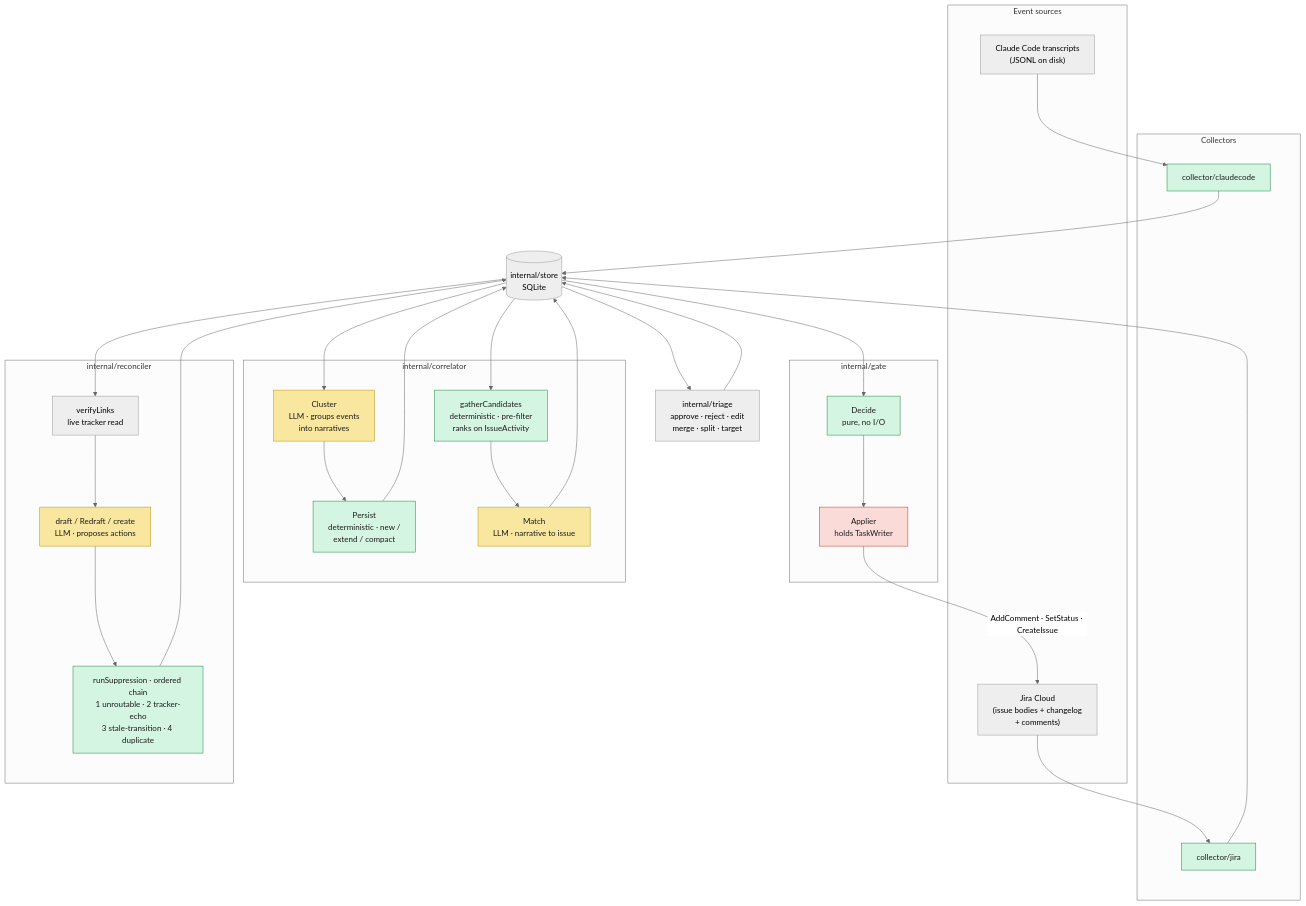
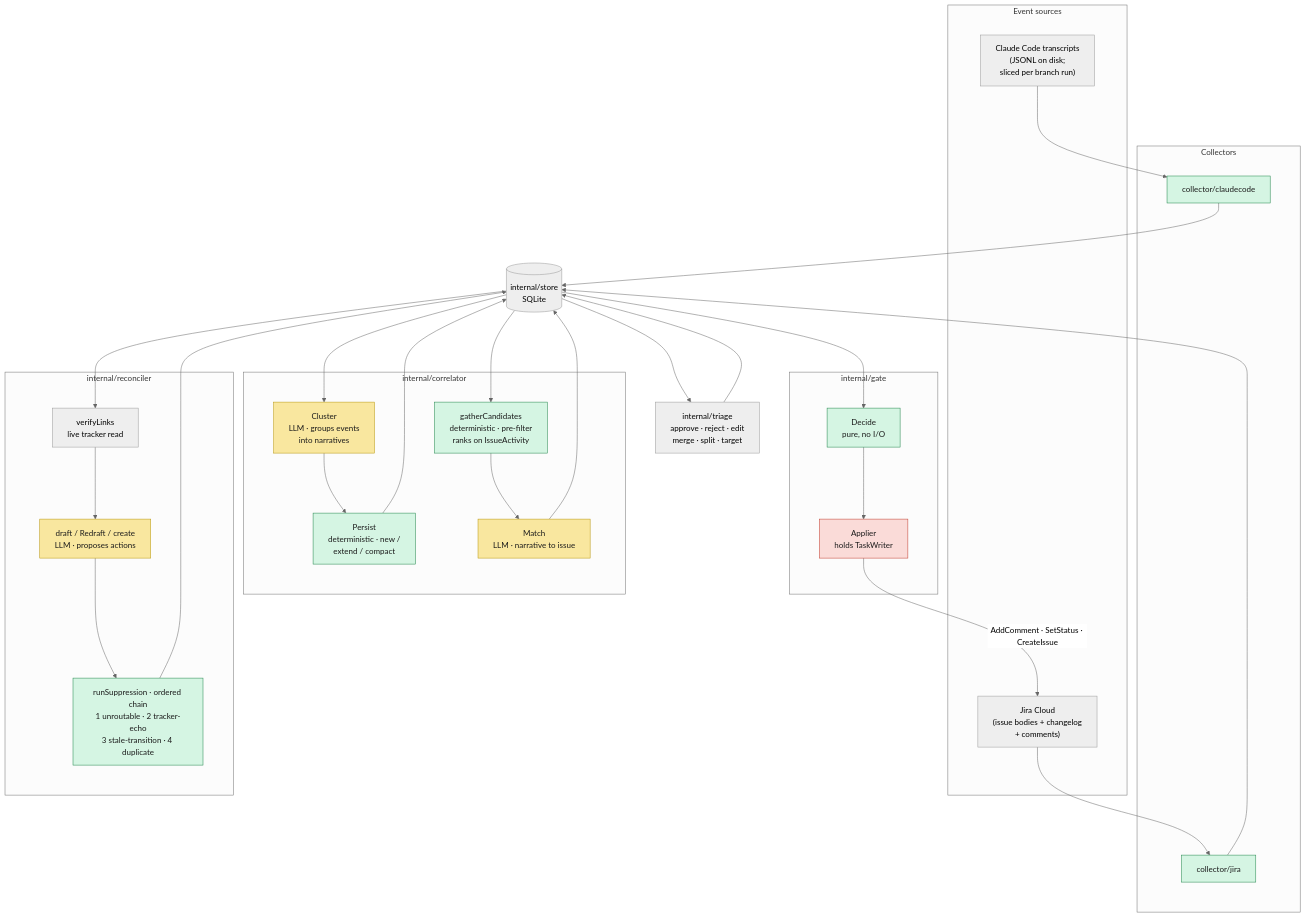
One commit to jcogilvie/unjira changed the first of 4 diagrams in docs/architecture.md. Above: the diagram before and after it, drawn with Mermaid (neutral theme). The commit also changed 5 other files, not shown here.

````diff
--- a/docs/architecture.md
+++ b/docs/architecture.md
@@ -42,54 +42,54 @@
 ```mermaid
 ---
 config:
   nodeSpacing: 100
   rankSpacing: 120
 ---
 flowchart TB
     subgraph sources["Event sources"]
-        CC["Claude Code transcripts<br/>(JSONL on disk)"]
+        CC["Claude Code transcripts<br/>(JSONL on disk;<br/>sliced per branch run)"]
         JIRA["Jira Cloud<br/>(issue bodies + changelog<br/>+ comments)"]
     end
 
     subgraph collectors["Collectors"]
         CCC["collector/claudecode"]
         JC["collector/jira"]
     end
 
     STORE[("internal/store<br/>SQLite")]
 
     subgraph correlate["internal/correlator"]
         CLUSTER["Cluster<br/>LLM · groups events<br/>into narratives"]
         PERSIST["Persist<br/>deterministic · new /<br/>extend / compact"]
         CAND["gatherCandidates<br/>deterministic · pre-filter<br/>ranks on IssueActivity"]
         MATCH["Match<br/>LLM · narrative to issue"]
     end
 
     subgraph reconcile["internal/reconciler"]
         VERIFY["verifyLinks<br/>live tracker read"]
         DRAFT["draft / Redraft / create<br/>LLM · proposes actions"]
         FILTERS["runSuppression · ordered chain<br/>1 unroutable · 2 tracker-echo<br/>3 stale-transition · 4 duplicate"]
     end
 
     TRIAGE["internal/triage<br/>approve · reject · edit<br/>merge · split · target"]
 
     subgraph write["internal/gate"]
         DECIDE["Decide<br/>pure, no I/O"]
         APPLY["Applier<br/>holds TaskWriter"]
     end
 
     CC --> CCC --> STORE
     JIRA --> JC --> STORE
     STORE --> CLUSTER --> PERSIST --> STORE
     STORE --> CAND --> MATCH --> STORE
     STORE --> VERIFY --> DRAFT --> FILTERS --> STORE
     STORE --> TRIAGE --> STORE
     STORE --> DECIDE --> APPLY -->|"AddComment · SetStatus · CreateIssue"| JIRA
 
     classDef llm fill:#f9e79f,stroke:#b7950b,color:#1a1a1a
     classDef det fill:#d5f5e3,stroke:#1e8449,color:#1a1a1a
     classDef danger fill:#fadbd8,stroke:#c0392b,color:#1a1a1a
     class CLUSTER,MATCH,DRAFT llm
     class CCC,JC,PERSIST,CAND,FILTERS,DECIDE det
     class APPLY danger
 ```
````
